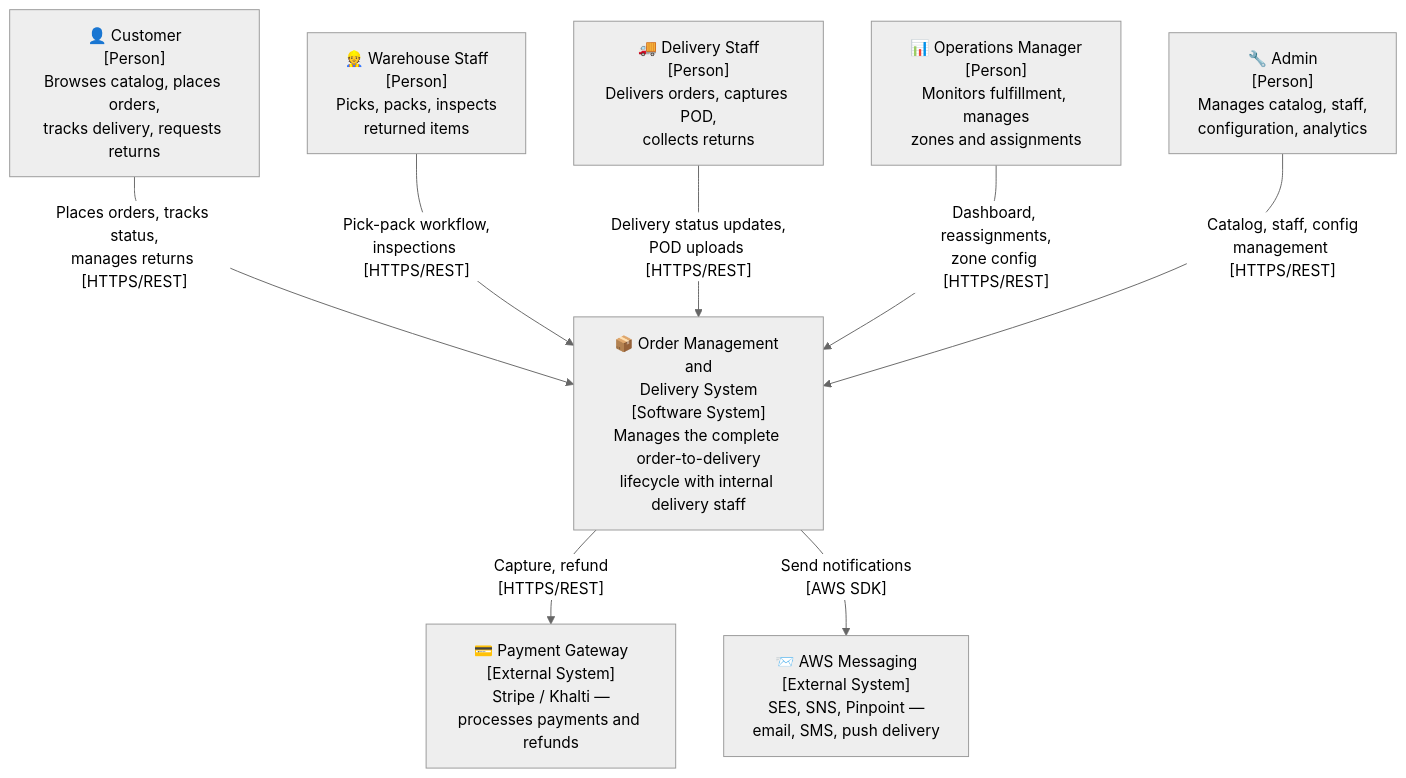
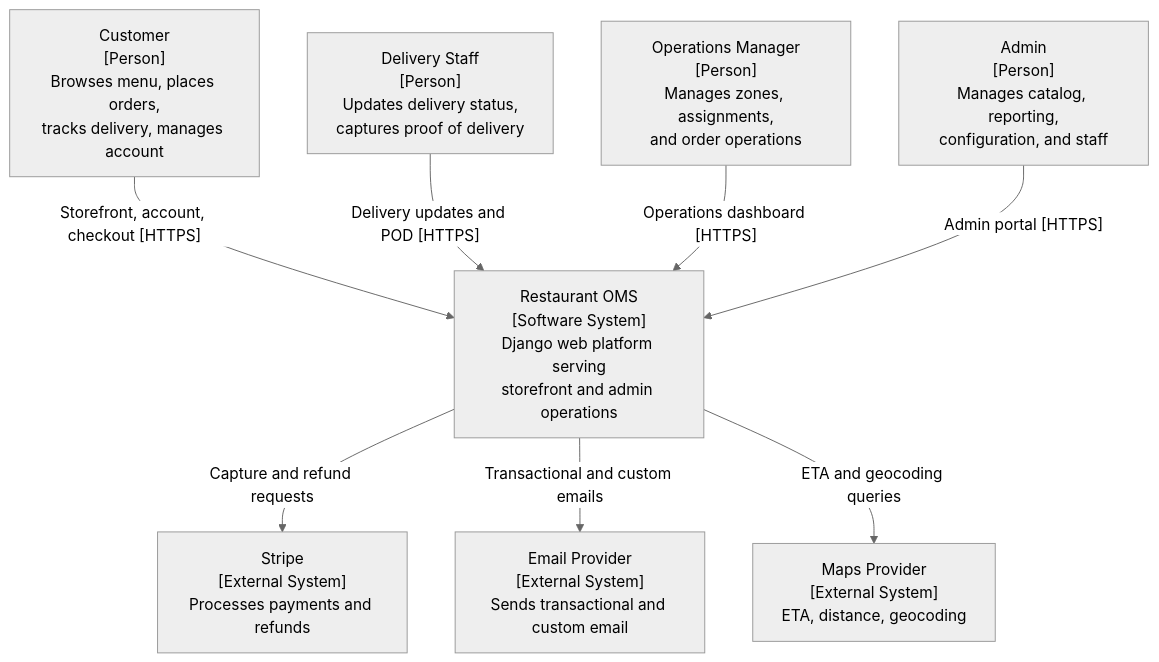
Before and after one commit to 0Ankit0/O.S.M: the first of 2 diagrams in docs/system-design/high-level-design/c4-context-container.md, drawn with Mermaid (neutral theme). The commit also changed other lines of this file and 354 other files, not shown here.

````diff
--- a/docs/system-design/high-level-design/c4-context-container.md
+++ b/docs/system-design/high-level-design/c4-context-container.md
@@ -5,21 +5,21 @@
 ```mermaid
 graph TB
-    C["👤 Customer<br/>[Person]<br/>Browses catalog, places orders,<br/>tracks delivery, requests returns"]
-    WS["👷 Warehouse Staff<br/>[Person]<br/>Picks, packs, inspects<br/>returned items"]
-    DS["🚚 Delivery Staff<br/>[Person]<br/>Delivers orders, captures POD,<br/>collects returns"]
-    OM["📊 Operations Manager<br/>[Person]<br/>Monitors fulfillment, manages<br/>zones and assignments"]
-    AD["🔧 Admin<br/>[Person]<br/>Manages catalog, staff,<br/>configuration, analytics"]
+    C["Customer<br/>[Person]<br/>Browses menu, places orders,<br/>tracks delivery, manages account"]
+    DS["Delivery Staff<br/>[Person]<br/>Updates delivery status,<br/>captures proof of delivery"]
+    OM["Operations Manager<br/>[Person]<br/>Manages zones, assignments,<br/>and order operations"]
+    AD["Admin<br/>[Person]<br/>Manages catalog, reporting,<br/>configuration, and staff"]
 
-    OMS["📦 Order Management and<br/>Delivery System<br/>[Software System]<br/>Manages the complete order-to-delivery<br/>lifecycle with internal delivery staff"]
+    OMS["Restaurant OMS<br/>[Software System]<br/>Django web platform serving<br/>storefront and admin operations"]
 
-    PG["💳 Payment Gateway<br/>[External System]<br/>Stripe / Khalti —<br/>processes payments and refunds"]
-    AWS_MSG["📨 AWS Messaging<br/>[External System]<br/>SES, SNS, Pinpoint —<br/>email, SMS, push delivery"]
+    PG["Stripe<br/>[External System]<br/>Processes payments and refunds"]
+    MAIL["Email Provider<br/>[External System]<br/>Sends transactional and custom email"]
+    MAPS["Maps Provider<br/>[External System]<br/>ETA, distance, geocoding"]
 
-    C -->|"Places orders, tracks status,<br/>manages returns [HTTPS/REST]"| OMS
-    WS -->|"Pick-pack workflow,<br/>inspections [HTTPS/REST]"| OMS
-    DS -->|"Delivery status updates,<br/>POD uploads [HTTPS/REST]"| OMS
-    OM -->|"Dashboard, reassignments,<br/>zone config [HTTPS/REST]"| OMS
-    AD -->|"Catalog, staff, config<br/>management [HTTPS/REST]"| OMS
-    OMS -->|"Capture, refund<br/>[HTTPS/REST]"| PG
-    OMS -->|"Send notifications<br/>[AWS SDK]"| AWS_MSG
+    C -->|"Storefront, account, checkout [HTTPS]"| OMS
+    DS -->|"Delivery updates and POD [HTTPS]"| OMS
+    OM -->|"Operations dashboard [HTTPS]"| OMS
+    AD -->|"Admin portal [HTTPS]"| OMS
+    OMS -->|"Capture and refund requests"| PG
+    OMS -->|"Transactional and custom emails"| MAIL
+    OMS -->|"ETA and geocoding queries"| MAPS
 ```
````
